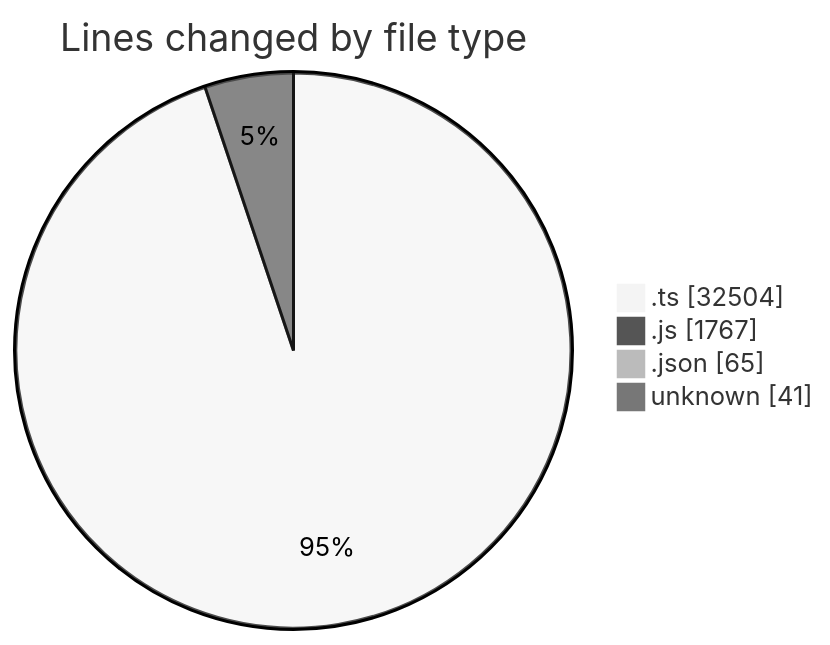
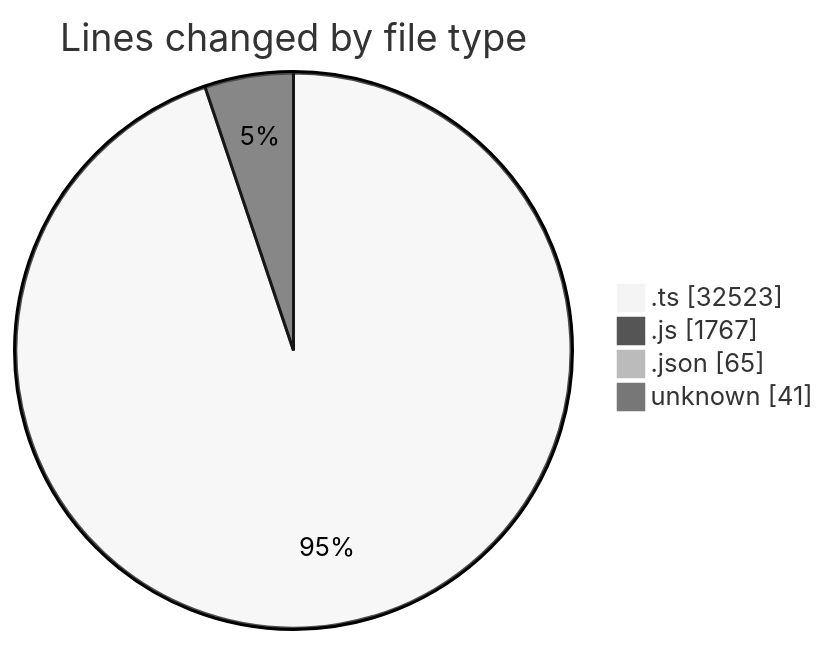
One commit to momahboobian/code-tracking changed the first of 2 diagrams in 2025-07-31/cda/README.md. Above: the diagram before and after it, drawn with Mermaid (neutral theme). The commit also changed other lines of this file and 1 other file, not shown here.

````diff
--- a/2025-07-31/cda/README.md
+++ b/2025-07-31/cda/README.md
@@ -29,8 +29,8 @@
 ```mermaid
 pie showData
 title Lines changed by file type
-".ts" : 32504
+".ts" : 32523
 ".js" : 1767
 ".json" : 65
 "unknown" : 41
 ```
````
